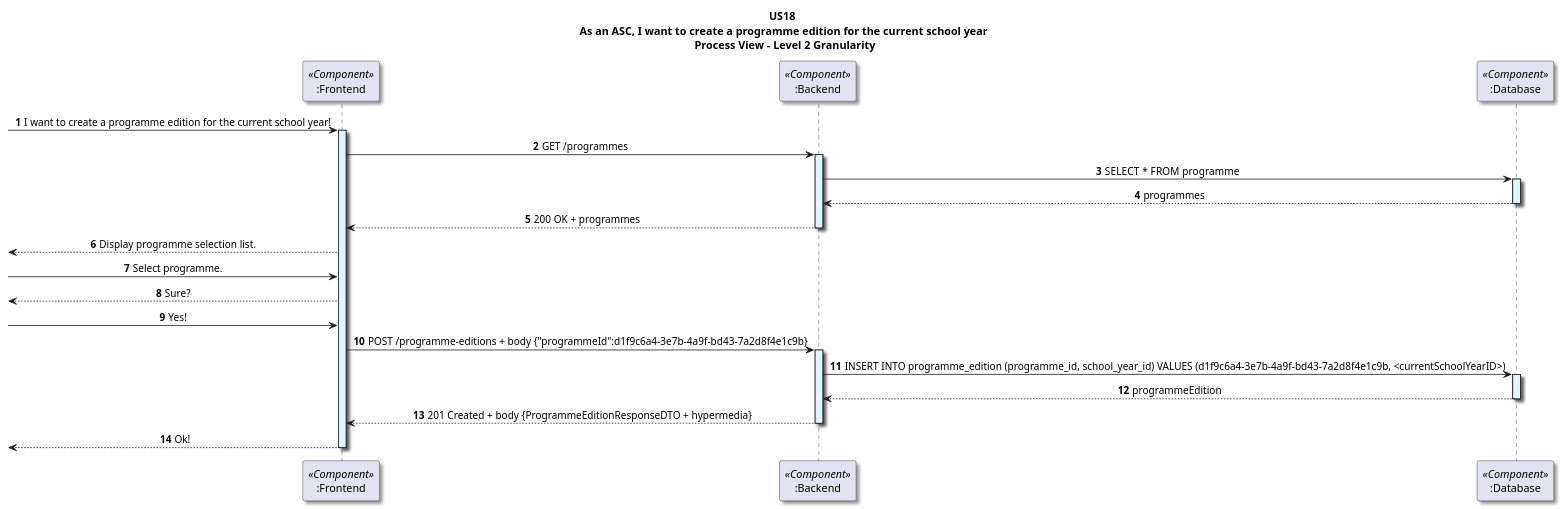
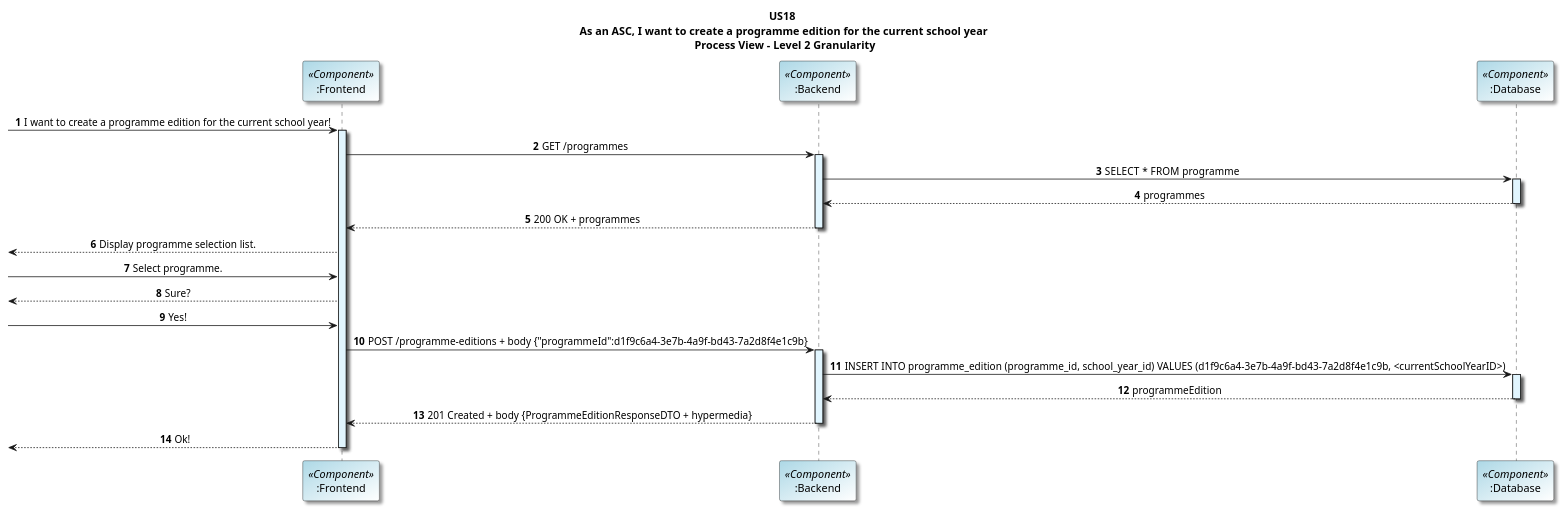
Before and after one commit to GasparISEP/DevOps-PAI: the diagram in docs/US18/sprint7_RestAPI/processView/CreateProgrammeEditionForCurrentSchoolYear_Level2Granularity.puml, drawn with PlantUML. The commit also changed 1 other file, not shown here.

Commit message:
Refs #695, #666: Create L3 process view diagram for createAProgrammeEdition functionality

```diff
--- a/docs/US18/sprint7_RestAPI/processView/CreateProgrammeEditionForCurrentSchoolYear_Level2Granularity.puml
+++ b/docs/US18/sprint7_RestAPI/processView/CreateProgrammeEditionForCurrentSchoolYear_Level2Granularity.puml
@@ -1,48 +1,51 @@
 @startuml
 
 title US18 \n As an ASC, I want to create a programme edition for the current school year \n Process View - Level 2 Granularity
-skinparam componentStyle component
+skinparam titleFontName "Verdana"
+skinparam defaultFontName "Verdana"
 skinparam defaultTextAlignment center
 skinparam shadowing true
+skinparam actorBackgroundColor #lightblue
+skinparam participantBackgroundColor #lightblue/white
+autonumber
 
-autonumber
 
 participant ":Frontend" as frontend <<Component>>
 participant ":Backend" as backend <<Component>>
 participant ":Database" as DB <<Component>>
 
 -> frontend: I want to create a programme edition for the current school year!
 activate frontend #E1F5FE
 
 frontend -> backend: GET /programmes
 activate backend #E1F5FE
 backend -> DB: SELECT *  FROM programme
 activate DB #E1F5FE
 DB --> backend: programmes
 deactivate DB
 backend --> frontend: 200 OK + programmes
 deactivate backend
 <-- frontend: Display programme selection list.
 
 -> frontend: Select programme.
 
 
 <-- frontend: Sure?
 
 -> frontend: Yes!
 
 frontend -> backend: POST /programme-editions + body {"programmeId":d1f9c6a4-3e7b-4a9f-bd43-7a2d8f4e1c9b}
 activate backend #E1F5FE
 backend -> DB: INSERT INTO programme_edition (programme_id, school_year_id) VALUES (d1f9c6a4-3e7b-4a9f-bd43-7a2d8f4e1c9b, <currentSchoolYearID>)
 activate DB #E1F5FE
 DB --> backend: programmeEdition
 deactivate DB
 
 
 backend --> frontend: 201 Created + body {ProgrammeEditionResponseDTO + hypermedia}
 deactivate backend
 
 <-- frontend: Ok!
 deactivate frontend
 
 @enduml
```
